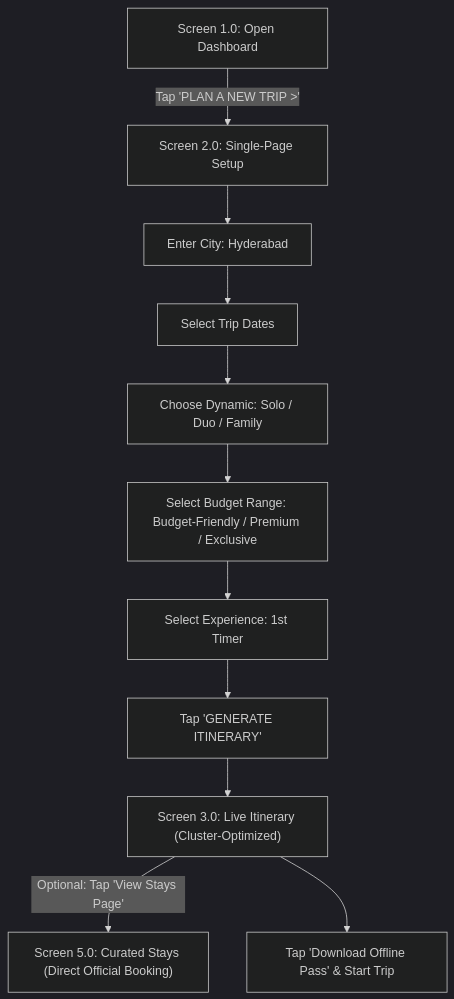
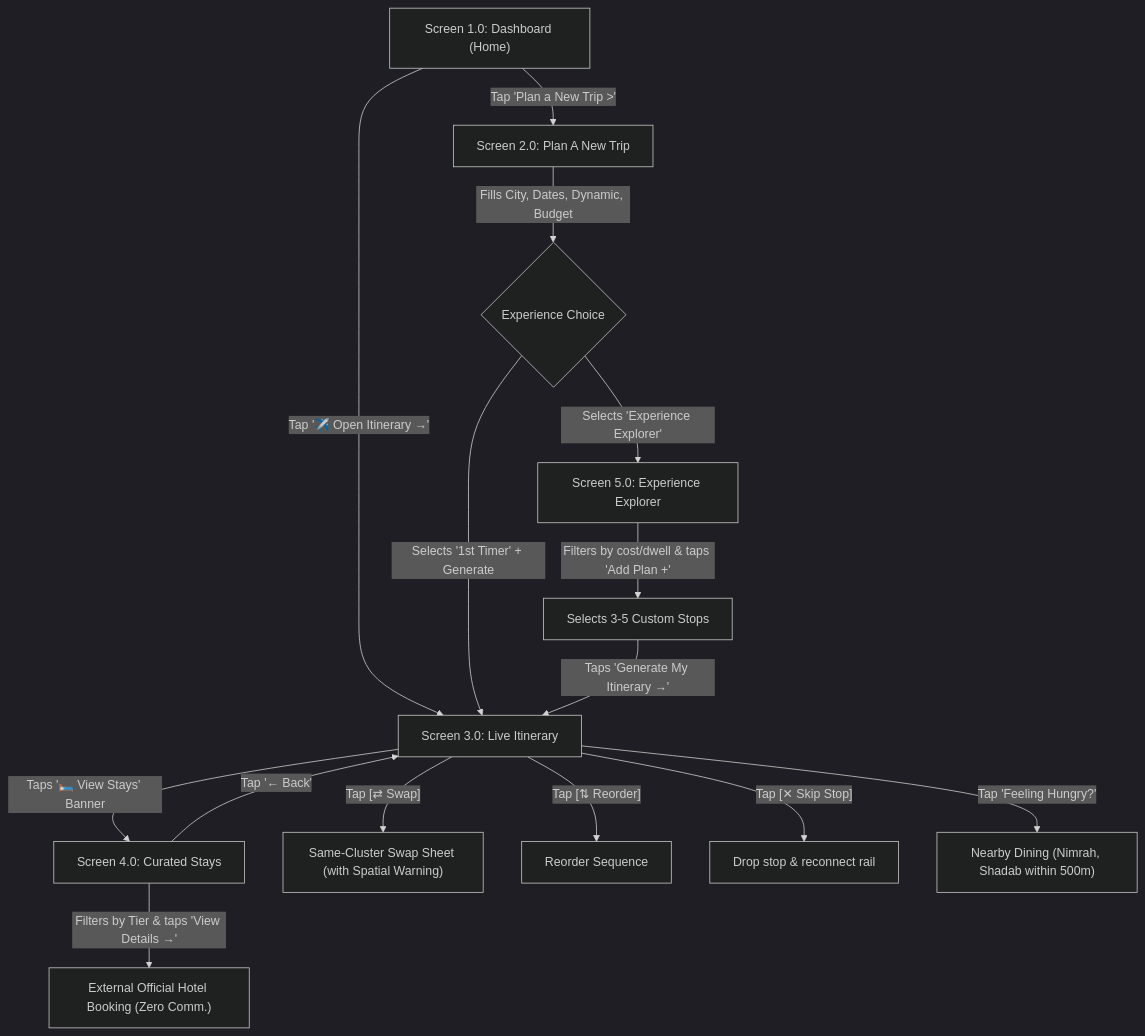
One commit to NIFT-Information-Architecture-2026/Ankita_BD-24-618 changed the diagram in PHASE4_OUTPUTS.md. Above: the diagram before and after it, drawn with Mermaid (dark theme). The commit also changed other lines of this file and 5 other files, not shown here.

````diff
--- a/PHASE4_OUTPUTS.md
+++ b/PHASE4_OUTPUTS.md
@@ -302,13 +333,27 @@
 ```mermaid
 flowchart TD
-    A["Screen 1.0: Open Dashboard"] -->|"Tap 'PLAN A NEW TRIP >'"| B["Screen 2.0: Single-Page Setup"]
-    B --> C["Enter City: Hyderabad"]
-    C --> D["Select Trip Dates"]
-    D --> E["Choose Dynamic: Solo / Duo / Family"]
-    E --> F["Select Budget Range: Budget-Friendly / Premium / Exclusive"]
-    F --> G["Select Experience: 1st Timer"]
-    G --> H["Tap 'GENERATE ITINERARY'"]
-    H --> I["Screen 3.0: Live Itinerary (Cluster-Optimized)"]
-    I -->|"Optional: Tap 'View Stays Page'"| J["Screen 5.0: Curated Stays (Direct Official Booking)"]
-    I --> K["Tap 'Download Offline Pass' & Start Trip"]
+    %% Screen 1.0 Dashboard
+    DASH["Screen 1.0: Dashboard (Home)"]
+    DASH -->|"Tap '✈️ Open Itinerary →'"| ITIN["Screen 3.0: Live Itinerary"]
+    DASH -->|"Tap 'Plan a New Trip >'"| PLAN["Screen 2.0: Plan A New Trip"]
+    
+    %% Screen 2.0 Decisions
+    PLAN -->|"Fills City, Dates, Dynamic, Budget"| EXP_CHOICE{"Experience Choice"}
+    EXP_CHOICE -->|"Selects '1st Timer' + Generate"| ITIN
+    EXP_CHOICE -->|"Selects 'Experience Explorer'"| EXPLORE["Screen 5.0: Experience Explorer"]
+    
+    %% Screen 5.0 Custom Assembly
+    EXPLORE -->|"Filters by cost/dwell & taps 'Add Plan +'"| ASSEMBLE["Selects 3-5 Custom Stops"]
+    ASSEMBLE -->|"Taps 'Generate My Itinerary →'"| ITIN
+    
+    %% Screen 3.0 Execution & Stays
+    ITIN -->|"Taps '🛏️ View Stays' Banner"| STAYS["Screen 4.0: Curated Stays"]
+    STAYS -->|"Filters by Tier & taps 'View Details →'"| HOTEL_EXT["External Official Hotel Booking (Zero Comm.)"]
+    STAYS -->|"Tap '← Back'"| ITIN
+    
+    %% Ground Adjustments on Screen 3.0
+    ITIN -->|"Tap [⇄ Swap]"| SWAP_MODAL["Same-Cluster Swap Sheet (with Spatial Warning)"]
+    ITIN -->|"Tap [⇅ Reorder]"| REORDER_MODAL["Reorder Sequence"]
+    ITIN -->|"Tap [✕ Skip Stop]"| SKIP_ACTION["Drop stop & reconnect rail"]
+    ITIN -->|"Tap 'Feeling Hungry?'"| FOOD_RADAR["Nearby Dining (Nimrah, Shadab within 500m)"]
 ```
````
